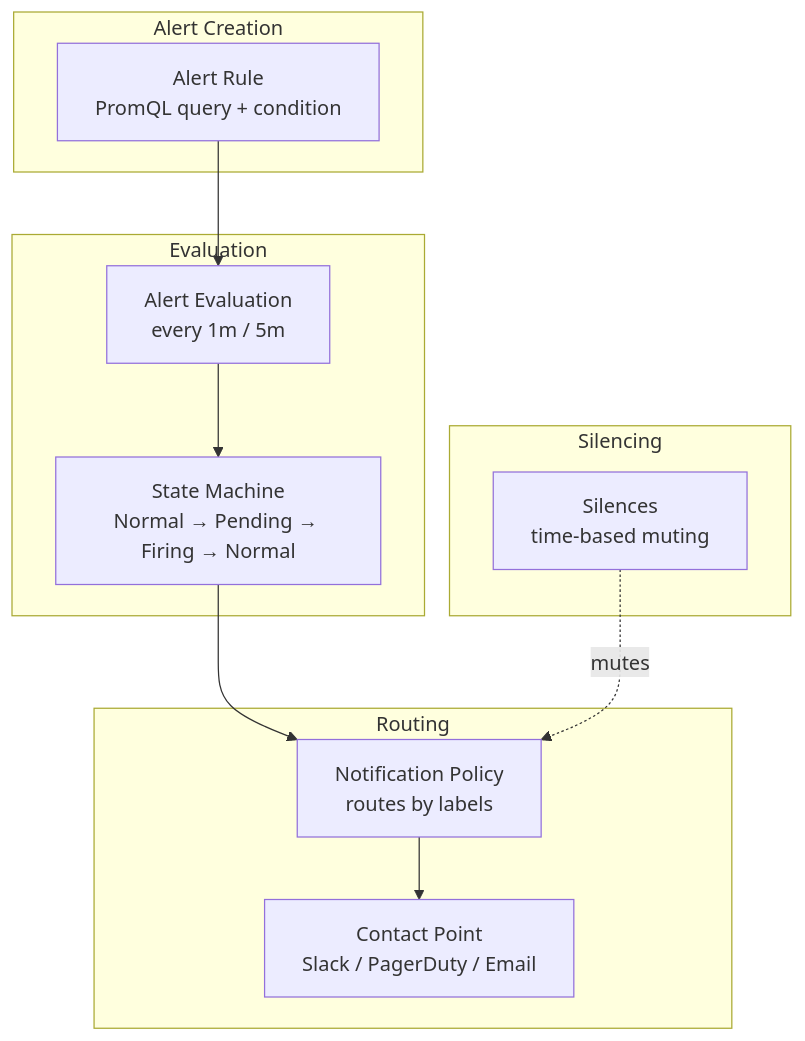
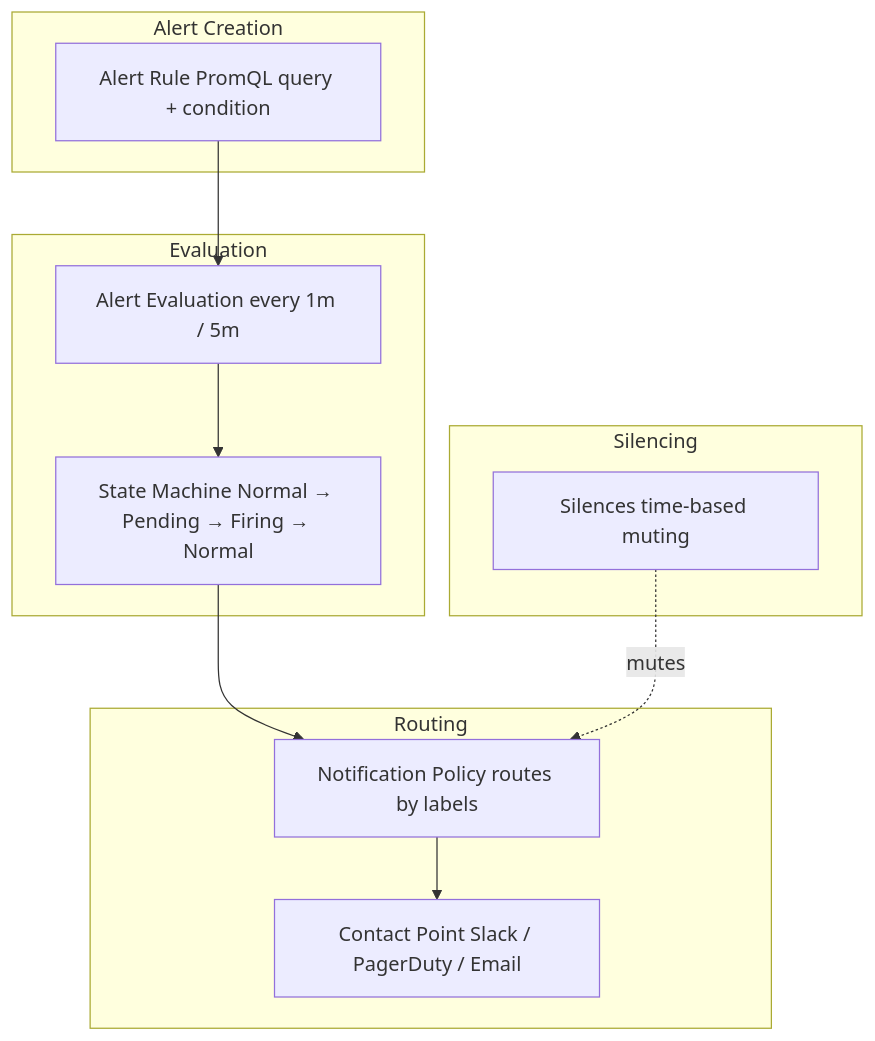
The first of 2 diagrams in docs/session-6/alerting.md (xscaler/training), drawn with Mermaid before and after one commit. The commit also changed other lines of this file and 38 other files, not shown here.

First line of the commit message:
Remove internal content, fix Mermaid diagrams, and rewrite labs as customer-facing exercises

````diff
--- a/docs/session-6/alerting.md
+++ b/docs/session-6/alerting.md
@@ -15,20 +15,20 @@
 ```mermaid
 graph TB
     subgraph "Alert Creation"
-        AR[Alert Rule\nPromQL query + condition]
+        AR[Alert Rule PromQL query + condition]
     end
     subgraph "Evaluation"
-        AE[Alert Evaluation\nevery 1m / 5m]
-        ST["State Machine\nNormal → Pending → Firing → Normal"]
+        AE[Alert Evaluation every 1m / 5m]
+        ST["State Machine Normal → Pending → Firing → Normal"]
     end
     subgraph "Routing"
-        NP[Notification Policy\nroutes by labels]
-        CP[Contact Point\nSlack / PagerDuty / Email]
+        NP[Notification Policy routes by labels]
+        CP[Contact Point Slack / PagerDuty / Email]
     end
     subgraph "Silencing"
-        SL[Silences\ntime-based muting]
+        SL[Silences time-based muting]
     end
 
     AR --> AE --> ST --> NP --> CP
     SL -.->|mutes| NP
 ```
````
